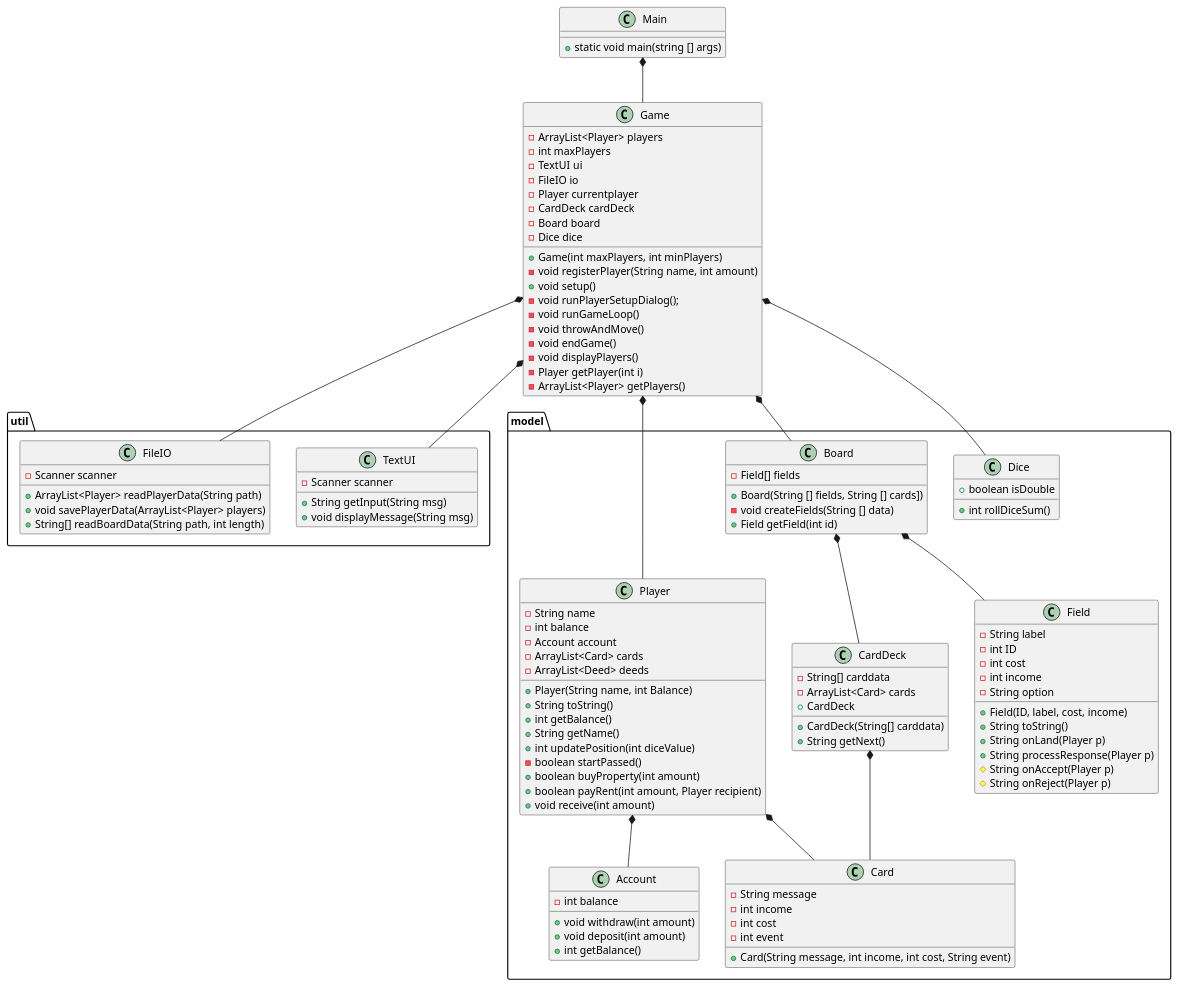
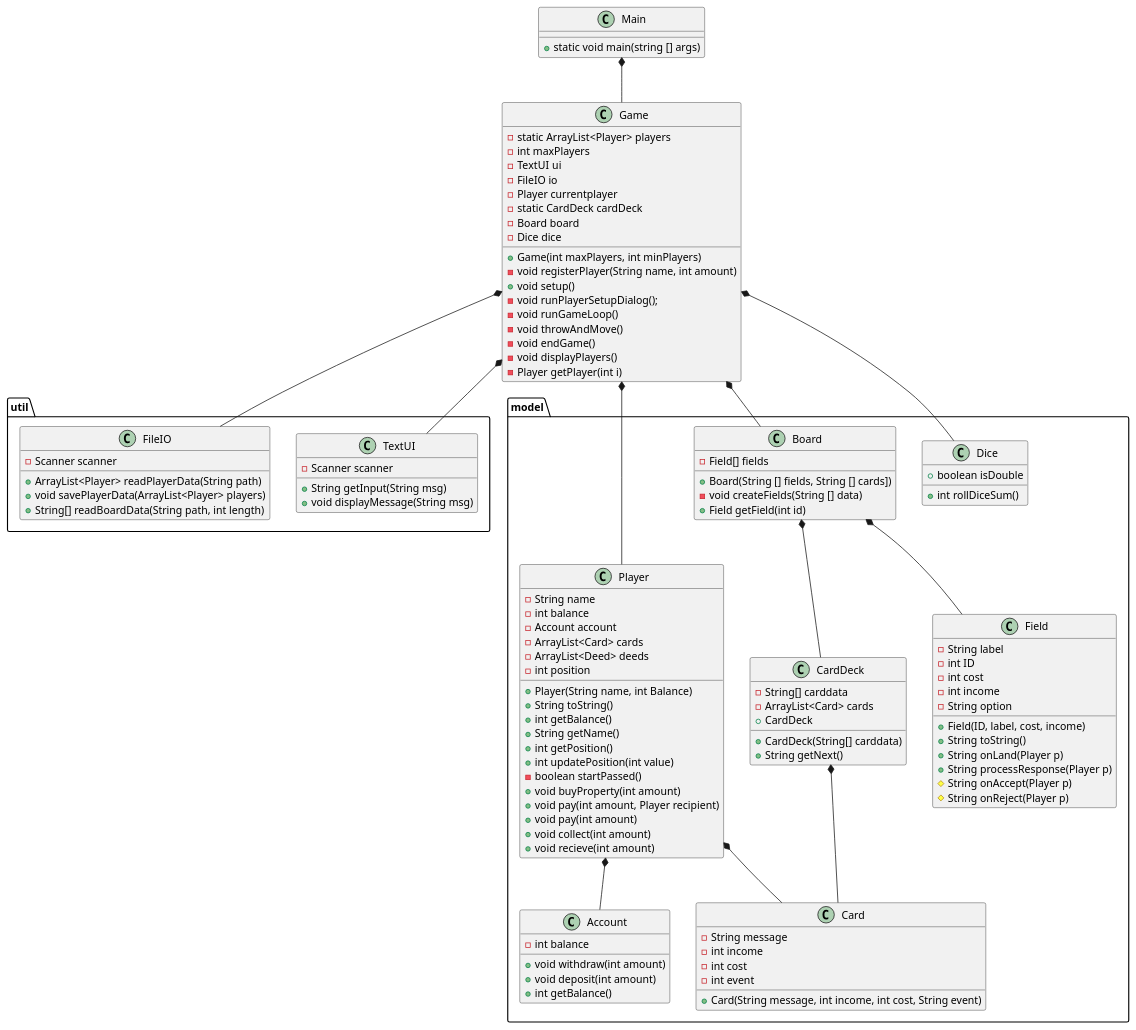
The diagram in doc/classdiagram_4.puml (tessG/Monopoly24), drawn with PlantUML before and after one commit.

Commit message:
new methods in Player

```diff
--- a/doc/classdiagram_4.puml
+++ b/doc/classdiagram_4.puml
@@ -1,123 +1,126 @@
 @startuml
 'Domænemodellen giver nye entity klasser
 'Pakker, model og util
 
 
 class Main
 class Game
 package "util"{
     class TextUI
     class FileIO
 }
 
 package "model"{
     class Player
     class Field
       class Dice
       class Account
       class CardDeck
        class Card
       class Board
 }
 
 Main *-- Game
 Game *-- TextUI
 Game *-- FileIO
 Game *-- Player
 Player *-- Account
 Player *-- Card
 Game *--Board
 Game *-- Dice
 Board *-- Field
 Board *-- CardDeck
 CardDeck *-- Card
 
 
 Main : + static void main(string [] args)
 
 Player  : - String name
 Player  : - int balance
 '---_new-----
 Player : - Account account
 Player : - ArrayList<Card> cards
 Player : - ArrayList<Deed> deeds
 '-----------
 Player  : + Player(String name, int Balance)
+Player : - int position
 Player  : + String toString()
 Player  : + int getBalance()
 Player : + String getName()
+Player : + int getPosition()
 '----new-----
-Player : +int updatePosition(int diceValue)
+Player  : +int updatePosition(int value)
 Player : -boolean startPassed()
-Player : + boolean buyProperty(int amount)
-Player : + boolean payRent(int amount, Player recipient)
-Player : + void receive(int amount)
+Player : + void buyProperty(int amount)
+Player : + void pay(int amount, Player recipient)
+Player : + void pay(int amount)
+Player : + void collect(int amount)
+Player : + void recieve(int amount)
 
 '-----------
 Account :  - int balance
 Account  : + void withdraw(int amount)
 Account  : + void deposit(int amount)
 Account  : + int getBalance()
 
-Game : - ArrayList<Player> players
+Game : - static ArrayList<Player> players
 Game : - int maxPlayers
 Game : - TextUI ui
 Game : - FileIO io
 Game : - Player currentplayer
-Game : - CardDeck cardDeck
+Game : - static CardDeck cardDeck
 Game : - Board board
 Game : - Dice dice
 Game : + Game(int maxPlayers, int minPlayers)
 Game : - void registerPlayer(String name, int amount)
 Game : + void setup()
 Game : - void runPlayerSetupDialog();
 Game : - void runGameLoop()
 Game : - void throwAndMove()
 Game : - void endGame()
 Game : - void displayPlayers()
 Game : - Player getPlayer(int i)
-Game : - ArrayList<Player> getPlayers()
 
 TextUI : + String getInput(String msg)
 TextUI : - Scanner scanner
 TextUI : + void displayMessage(String msg)
 
 
 FileIO : - Scanner scanner
 FileIO : + ArrayList<Player> readPlayerData(String path)
 FileIO : + void savePlayerData(ArrayList<Player> players)
 FileIO : + String[] readBoardData(String path, int length)
 
 Field : - String label
 Field : - int ID
 Field : - int cost
 Field : - int income
 Field : - String option
 Field : + Field(ID, label, cost, income)
 Field : + String toString()
 Field : + String onLand(Player p)
 Field : + String processResponse(Player p)
 Field : # String onAccept(Player p)
 Field : # String onReject(Player p)
 
 
 Board : - Field[] fields
 Board : + Board(String [] fields, String [] cards])
 Board : - void createFields(String [] data)
 Board : + Field getField(int id)
 
 CardDeck : - String[] carddata
 CardDeck : - ArrayList<Card> cards
 CardDeck : + CardDeck
 CardDeck : + CardDeck(String[] carddata)
 CardDeck : + String getNext()
 
 Card : -String message
 Card : -int income
 Card : -int cost
 Card : -int event
 Card : +Card(String message, int income, int cost, String event)
 
 Dice : +boolean isDouble
 Dice : +int rollDiceSum()
 @enduml
```
